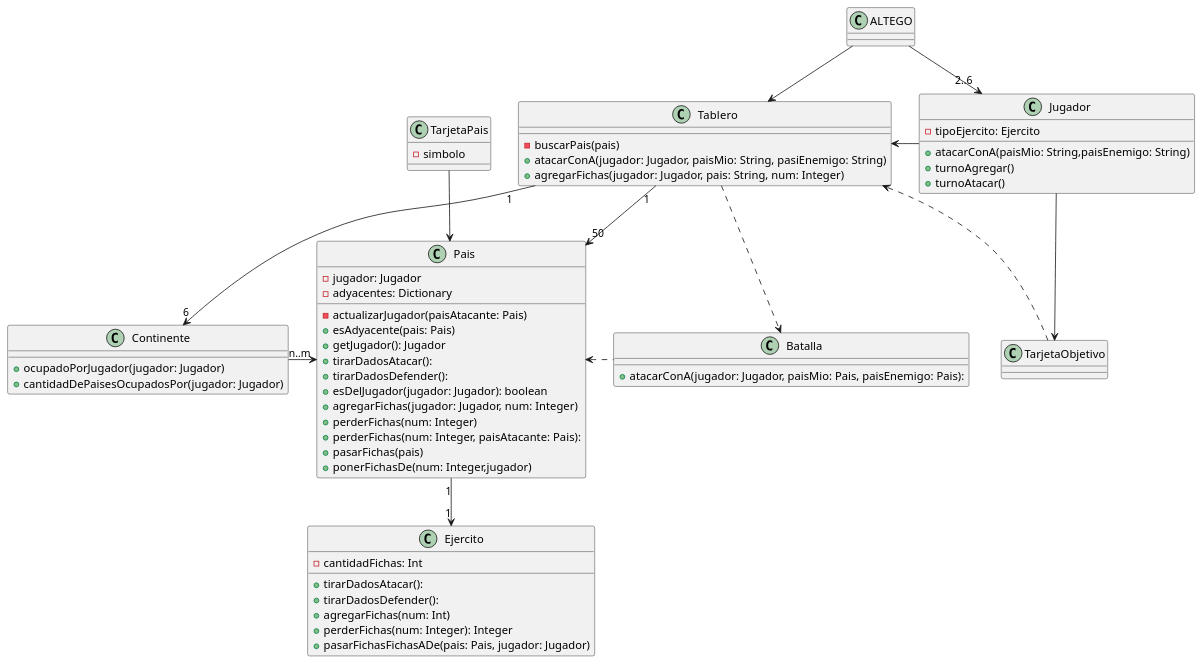
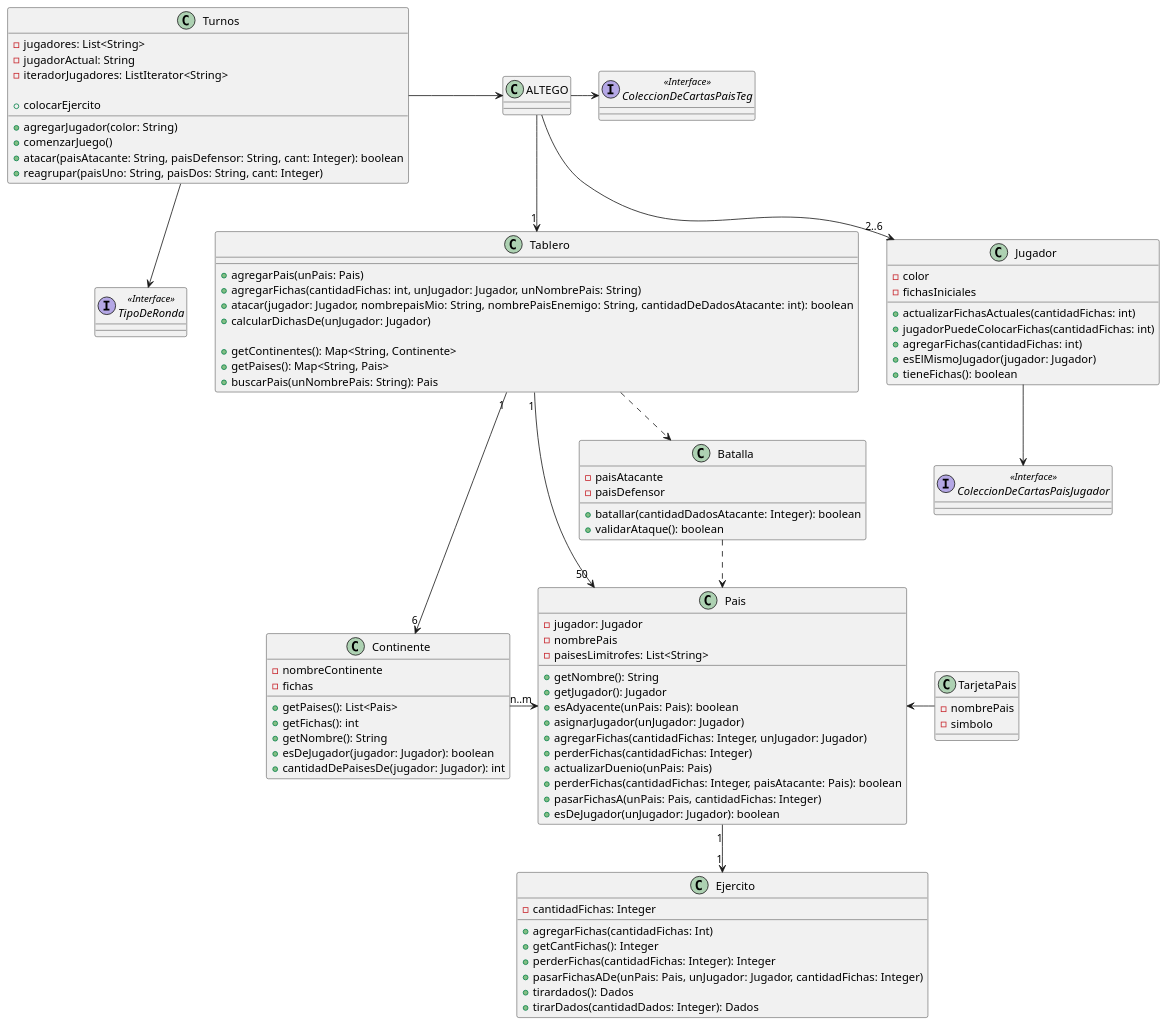
The diagram in docs/Diagramas/Codigo/diagrama_de_clase_inicial.puml (mpata2000/Algo3-TP2-TEG), drawn with PlantUML before and after one commit.

Commit message:
Actualizo UML al nuevo modelo

```diff
--- a/docs/Diagramas/Codigo/diagrama_de_clase_inicial.puml
+++ b/docs/Diagramas/Codigo/diagrama_de_clase_inicial.puml
@@ -1,74 +1,131 @@
-@startuml ModeloInicial-V0.3
+@startuml ModeloInicial-V0.4
 
 Class ALTEGO{
 
 }
 
 Class Tablero{
-    -buscarPais(pais)
-    +atacarConA(jugador: Jugador, paisMio: String, pasiEnemigo: String)
-    +agregarFichas(jugador: Jugador, pais: String, num: Integer)
+    + agregarPais(unPais: Pais)
+    + agregarFichas(cantidadFichas: int, unJugador: Jugador, unNombrePais: String)
+    + atacar(jugador: Jugador, nombrepaisMio: String, nombrePaisEnemigo: String, cantidadDeDadosAtacante: int): boolean
+    +calcularDichasDe(unJugador: Jugador)
+
+    + getContinentes(): Map<String, Continente>
+    + getPaises(): Map<String, Pais>
+    + buscarPais(unNombrePais: String): Pais
+    
 }
 
 Class Continente{
-    +ocupadoPorJugador(jugador: Jugador)
-    +cantidadDePaisesOcupadosPor(jugador: Jugador)
+    - nombreContinente
+    - fichas
+
+    + getPaises(): List<Pais>
+    + getFichas(): int
+    + getNombre(): String
+    + esDeJugador(jugador: Jugador): boolean
+    + cantidadDePaisesDe(jugador: Jugador): int
 }
 
 Class Jugador{
-    -tipoEjercito: Ejercito
-    +atacarConA(paisMio: String,paisEnemigo: String)
-    +turnoAgregar()
-    +turnoAtacar()
+    - color
+    - fichasIniciales
+
+    +actualizarFichasActuales(cantidadFichas: int)
+    +jugadorPuedeColocarFichas(cantidadFichas: int)
+    +agregarFichas(cantidadFichas: int)
+    +esElMismoJugador(jugador: Jugador)
+    +tieneFichas(): boolean
+}
+
+Interface ColeccionDeCartasPaisJugador <<Interface>> {
+}
+
+Interface ColeccionDeCartasPaisTeg <<Interface>>{
+}
+
+Class Turnos {
+    - jugadores: List<String>
+    - jugadorActual: String
+    - iteradorJugadores: ListIterator<String>
+
+    + agregarJugador(color: String)
+    + comenzarJuego()
+    + atacar(paisAtacante: String, paisDefensor: String, cant: Integer): boolean
+    + reagrupar(paisUno: String, paisDos: String, cant: Integer)
+    + colocarEjercito
+}
+
+Interface TipoDeRonda <<Interface>> {
+
 }
 
 Class Pais{
-    -jugador: Jugador
-    -adyacentes: Dictionary
-    -actualizarJugador(paisAtacante: Pais)
-    +esAdyacente(pais: Pais)
-    +getJugador(): Jugador
-    +tirarDadosAtacar():
-    +tirarDadosDefender():
-    +esDelJugador(jugador: Jugador): boolean
-    +agregarFichas(jugador: Jugador, num: Integer)
-    +perderFichas(num: Integer)
-    +perderFichas(num: Integer, paisAtacante: Pais):
-    +pasarFichas(pais)
-    +ponerFichasDe(num: Integer,jugador)
+    - jugador: Jugador
+    - nombrePais
+    - paisesLimitrofes: List<String>
+
+    + getNombre(): String
+    + getJugador(): Jugador
+    + esAdyacente(unPais: Pais): boolean
+    + asignarJugador(unJugador: Jugador)
+    + agregarFichas(cantidadFichas: Integer, unJugador: Jugador)
+    + perderFichas(cantidadFichas: Integer)
+    + actualizarDuenio(unPais: Pais)
+    + perderFichas(cantidadFichas: Integer, paisAtacante: Pais): boolean
+    + pasarFichasA(unPais: Pais, cantidadFichas: Integer)
+    + esDeJugador(unJugador: Jugador): boolean
 }
 
 Class Ejercito{
-    -cantidadFichas: Int
-    +tirarDadosAtacar():
-    +tirarDadosDefender():
-    +agregarFichas(num: Int)
-    +perderFichas(num: Integer): Integer
-    +pasarFichasFichasADe(pais: Pais, jugador: Jugador)
+    - cantidadFichas: Integer
+
+    + agregarFichas(cantidadFichas: Int)
+    + getCantFichas(): Integer
+    + perderFichas(cantidadFichas: Integer): Integer
+    + pasarFichasADe(unPais: Pais, unJugador: Jugador, cantidadFichas: Integer)
+    + tirardados(): Dados
+    + tirarDados(cantidadDados: Integer): Dados
 }
 
 
 Class Batalla{
-    +atacarConA(jugador: Jugador, paisMio: Pais, paisEnemigo: Pais):
+    - paisAtacante
+    - paisDefensor
+
+    + batallar(cantidadDadosAtacante: Integer): boolean
+    + validarAtaque(): boolean
 }
 
 Class TarjetaPais{
+    - nombrePais
     - simbolo
 }
 
-Class TarjetaObjetivo{}
+/'Class TarjetaObjetivo{}'/
 
-ALTEGO --> Tablero
+Turnos -right-> ALTEGO
+ALTEGO --> "1" Tablero
 ALTEGO --> "2..6"Jugador
-Jugador  -left-> Tablero
+ALTEGO --right--> ColeccionDeCartasPaisTeg
+
+
+/'Jugador <-- Pais'/
+Jugador --> ColeccionDeCartasPaisJugador
+
 Tablero "1"-->"50" Pais
 Tablero "1"-->"6" Continente
 Tablero ..> Batalla
-Batalla .left.> Pais
+
+Turnos --> TipoDeRonda
+
+Batalla ..> Pais
 Continente --right-->"n..m" Pais
 Pais "1"-->"1" Ejercito
-Jugador --> TarjetaObjetivo
-TarjetaObjetivo ..> Tablero
-TarjetaPais --> Pais
+
+/'Jugador --> TarjetaObjetivo'/
+/'TarjetaObjetivo ..> Tablero'/
+
+Pais <--right-- TarjetaPais
 
 @enduml
```
